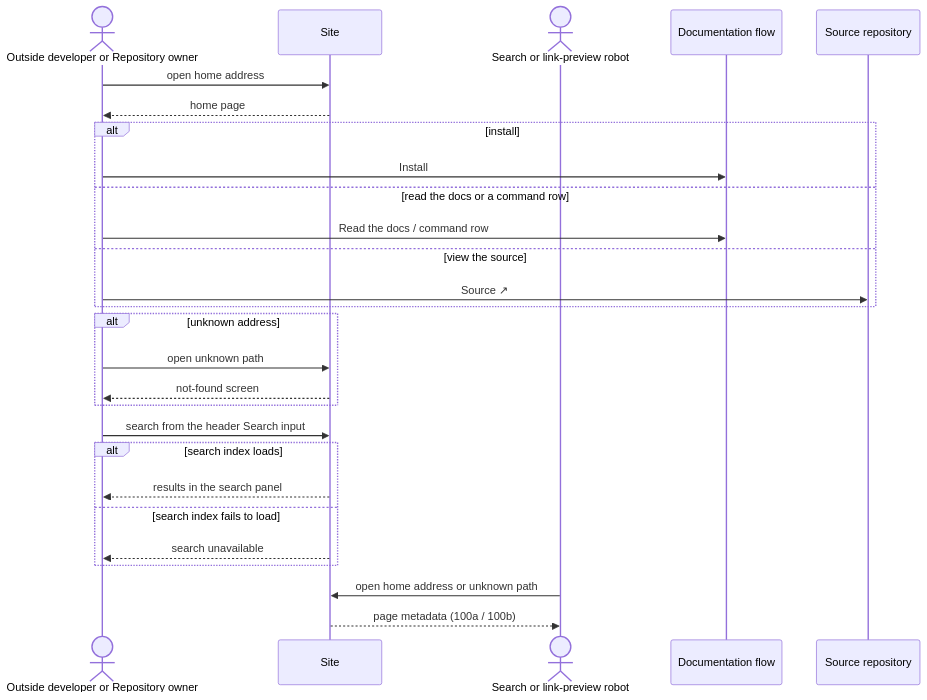
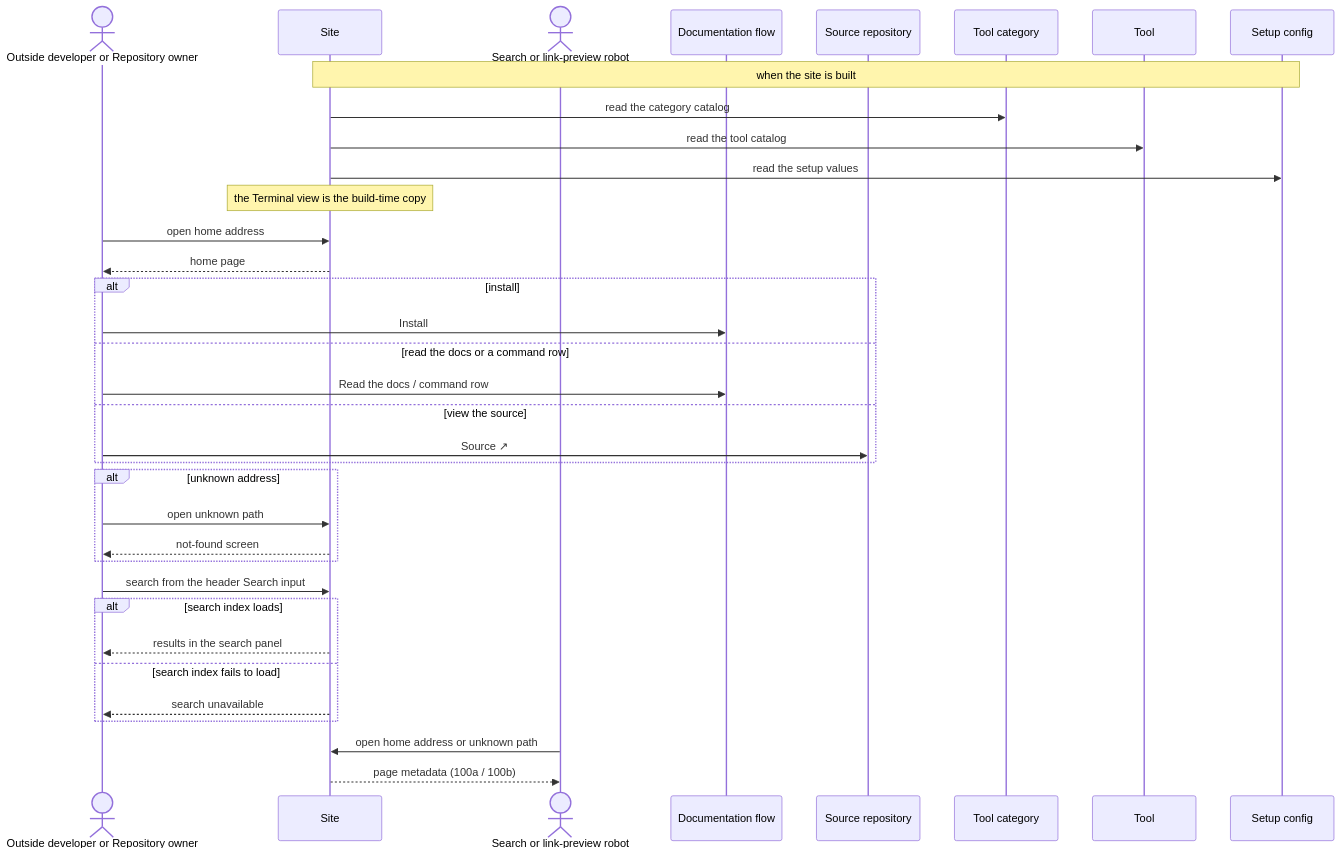
Before and after one commit to virajp/bootstrap: the diagram in docs/blueprint/flows/site/100-home/index.md, drawn with Mermaid. The commit also changed other lines of this file and 15 other files, not shown here.

````diff
--- a/docs/blueprint/flows/site/100-home/index.md
+++ b/docs/blueprint/flows/site/100-home/index.md
@@ -65,29 +65,37 @@
 ```mermaid
 sequenceDiagram
     actor V as Outside developer or Repository owner
     participant S as Site
     actor B as Search or link-preview robot
     participant D as Documentation flow
     participant R as Source repository
+    participant TC as Tool category
+    participant T as Tool
+    participant SC as Setup config
+    Note over S,SC: when the site is built
+    S->>TC: read the category catalog
+    S->>T: read the tool catalog
+    S->>SC: read the setup values
+    Note over S: the Terminal view is the build-time copy
     V->>S: open home address
     S-->>V: home page
     alt install
         V->>D: Install
     else read the docs or a command row
         V->>D: Read the docs / command row
     else view the source
         V->>R: Source ↗
     end
     alt unknown address
         V->>S: open unknown path
         S-->>V: not-found screen
     end
     V->>S: search from the header Search input
     alt search index loads
         S-->>V: results in the search panel
     else search index fails to load
         S-->>V: search unavailable
     end
     B->>S: open home address or unknown path
     S-->>B: page metadata (100a / 100b)
 ```
````
